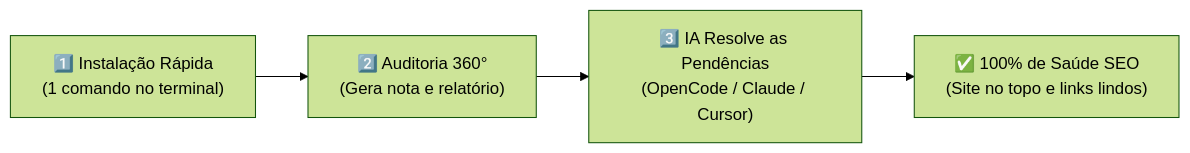
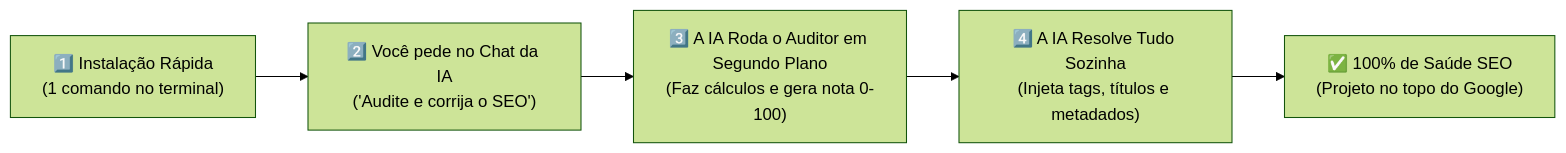
The diagram in README.md (CW-Software-Apps/seo-forge), drawn with Mermaid (forest theme) before and after one commit. The commit also changed other lines of this file and 3 other files, not shown here.

````diff
--- a/README.md
+++ b/README.md
@@ -52,6 +52,7 @@
 ```mermaid
 flowchart LR
-    A["1️⃣ Instalação Rápida<br/>(1 comando no terminal)"] --> B["2️⃣ Auditoria 360°<br/>(Gera nota e relatório)"]
-    B --> C["3️⃣ IA Resolve as Pendências<br/>(OpenCode / Claude / Cursor)"]
-    C --> D["✅ 100% de Saúde SEO<br/>(Site no topo e links lindos)"]
+    A["1️⃣ Instalação Rápida<br/>(1 comando no terminal)"] --> B["2️⃣ Você pede no Chat da IA<br/>('Audite e corrija o SEO')"]
+    B --> C["3️⃣ A IA Roda o Auditor em Segundo Plano<br/>(Faz cálculos e gera nota 0-100)"]
+    C --> D["4️⃣ A IA Resolve Tudo Sozinha<br/>(Injeta tags, títulos e metadados)"]
+    D --> E["✅ 100% de Saúde SEO<br/>(Projeto no topo do Google)"]
 ```
````
